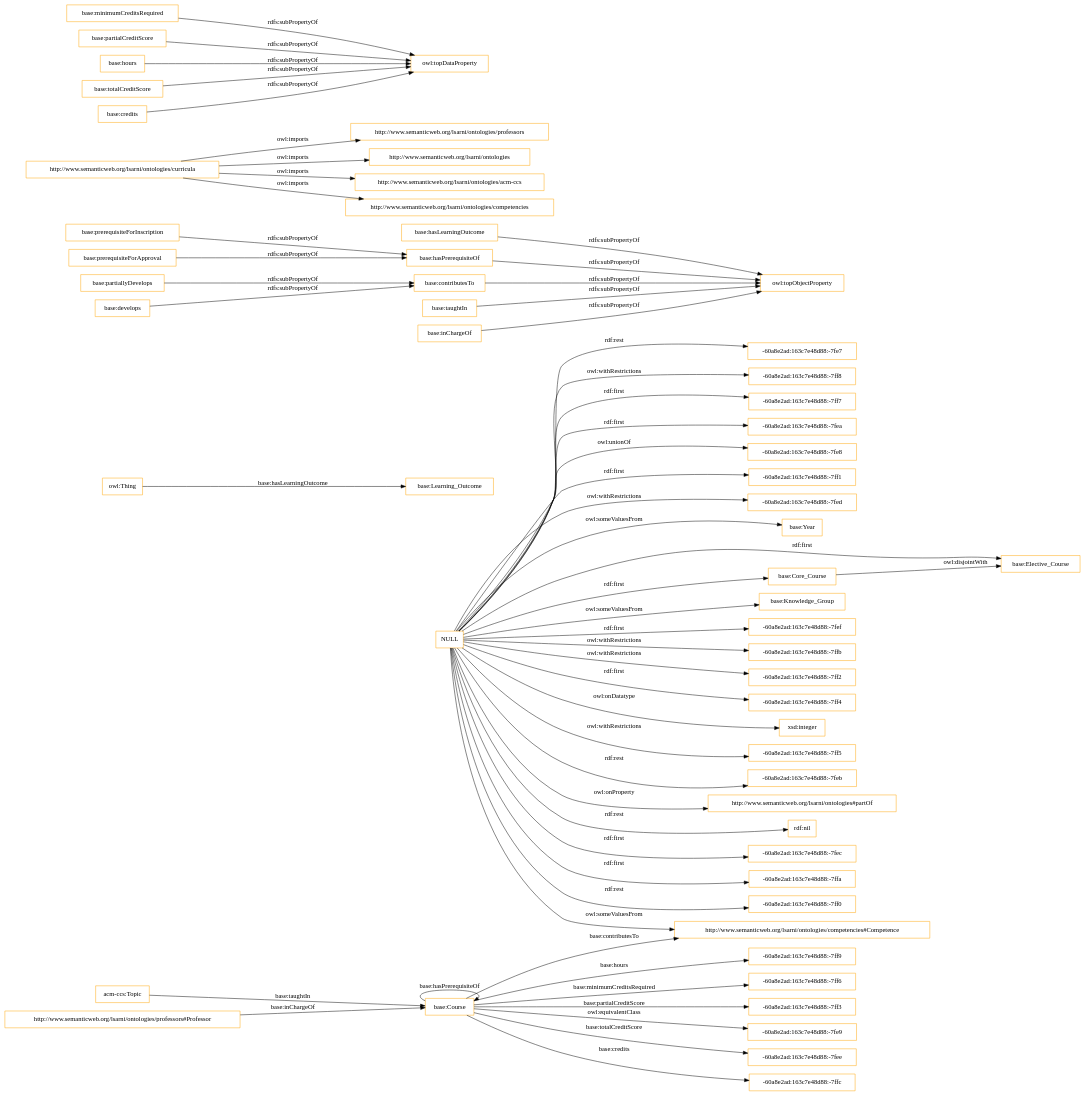
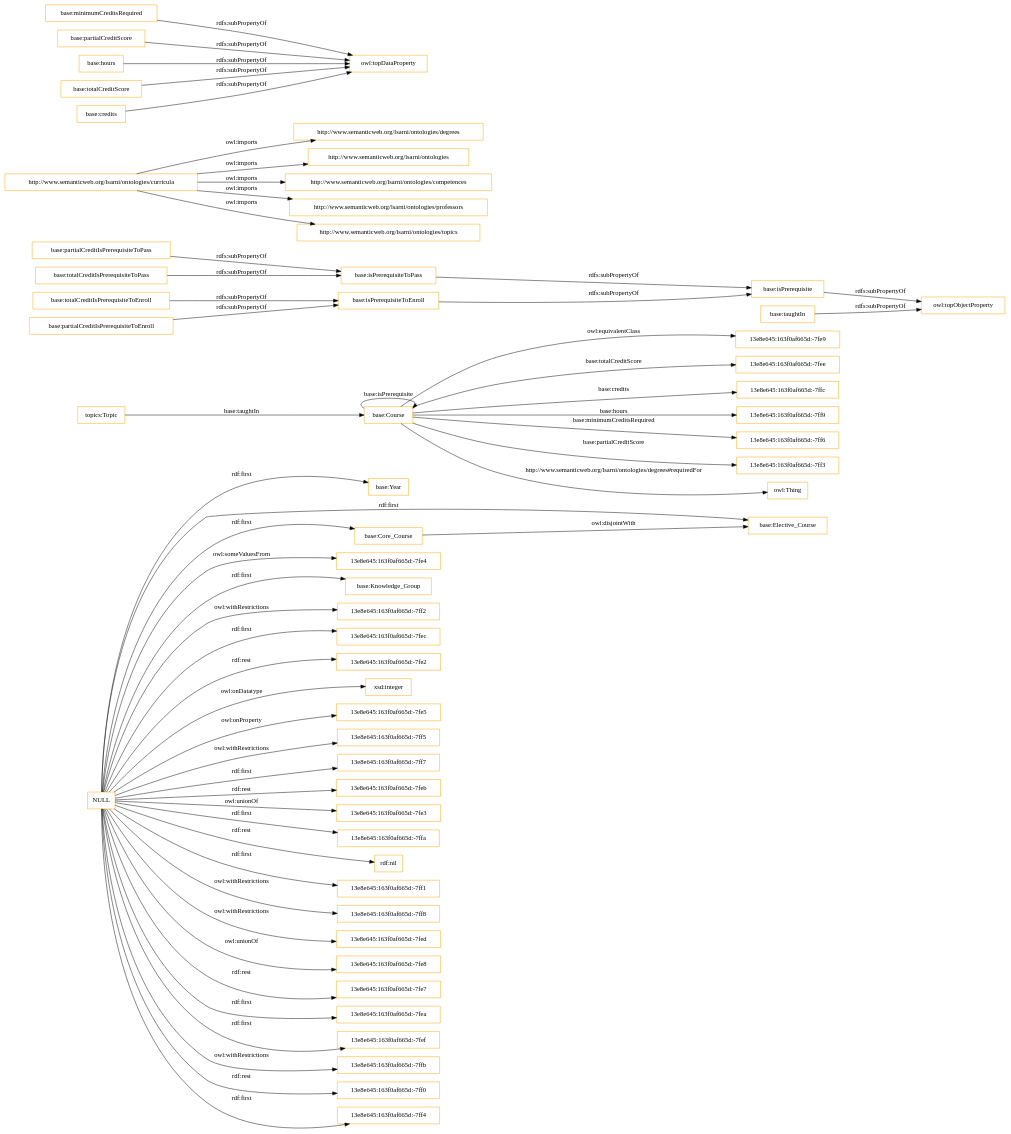
The diagram in OnToology/curricula.owl/diagrams/ar2dtool-class/curricula.owl.png.dot (OnToologyUser/OntoCIS1), drawn with Graphviz before and after one commit. The commit also changed 122 other files, not shown here.

```diff
--- a/OnToology/curricula.owl/diagrams/ar2dtool-class/curricula.owl.png.dot
+++ b/OnToology/curricula.owl/diagrams/ar2dtool-class/curricula.owl.png.dot
@@ -1,60 +1,60 @@
 digraph ar2dtool_diagram { 
 rankdir=LR;
 size="1501"
-node [shape = rectangle, color="orange"]; "base:Year" "base:Elective_Course" "base:Core_Course" "base:Course" "base:Learning_Outcome" "base:Knowledge_Group" "-60a8e2ad:163c7e48d88:-7fe9" ; /*classes style*/
-	"NULL" -> "-60a8e2ad:163c7e48d88:-7fef" [ label = "rdf:first" ];
-	"NULL" -> "-60a8e2ad:163c7e48d88:-7ffb" [ label = "owl:withRestrictions" ];
-	"NULL" -> "-60a8e2ad:163c7e48d88:-7ff2" [ label = "owl:withRestrictions" ];
-	"NULL" -> "-60a8e2ad:163c7e48d88:-7ff4" [ label = "rdf:first" ];
-	"NULL" -> "base:Year" [ label = "owl:someValuesFrom" ];
+node [shape = rectangle, color="orange"]; "base:Year" "base:Elective_Course" "base:Core_Course" "base:Course" "13e8e645:163f0af665d:-7fe4" "13e8e645:163f0af665d:-7fe9" "base:Knowledge_Group" ; /*classes style*/
+	"NULL" -> "base:Knowledge_Group" [ label = "rdf:first" ];
+	"NULL" -> "13e8e645:163f0af665d:-7ff2" [ label = "owl:withRestrictions" ];
+	"NULL" -> "13e8e645:163f0af665d:-7fec" [ label = "rdf:first" ];
+	"NULL" -> "13e8e645:163f0af665d:-7fe2" [ label = "rdf:rest" ];
 	"NULL" -> "base:Core_Course" [ label = "rdf:first" ];
 	"NULL" -> "xsd:integer" [ label = "owl:onDatatype" ];
-	"NULL" -> "http://www.semanticweb.org/lsarni/ontologies/competencies#Competence" [ label = "owl:someValuesFrom" ];
-	"NULL" -> "-60a8e2ad:163c7e48d88:-7ff5" [ label = "owl:withRestrictions" ];
-	"NULL" -> "-60a8e2ad:163c7e48d88:-7feb" [ label = "rdf:rest" ];
-	"NULL" -> "http://www.semanticweb.org/lsarni/ontologies#partOf" [ label = "owl:onProperty" ];
+	"NULL" -> "13e8e645:163f0af665d:-7fe5" [ label = "owl:onProperty" ];
+	"NULL" -> "13e8e645:163f0af665d:-7ff5" [ label = "owl:withRestrictions" ];
+	"NULL" -> "13e8e645:163f0af665d:-7ff7" [ label = "rdf:first" ];
+	"NULL" -> "13e8e645:163f0af665d:-7feb" [ label = "rdf:rest" ];
+	"NULL" -> "13e8e645:163f0af665d:-7fe4" [ label = "owl:someValuesFrom" ];
+	"NULL" -> "13e8e645:163f0af665d:-7fe3" [ label = "owl:unionOf" ];
+	"NULL" -> "13e8e645:163f0af665d:-7ffa" [ label = "rdf:first" ];
 	"NULL" -> "rdf:nil" [ label = "rdf:rest" ];
-	"NULL" -> "-60a8e2ad:163c7e48d88:-7fec" [ label = "rdf:first" ];
-	"NULL" -> "-60a8e2ad:163c7e48d88:-7ffa" [ label = "rdf:first" ];
 	"NULL" -> "base:Elective_Course" [ label = "rdf:first" ];
-	"NULL" -> "-60a8e2ad:163c7e48d88:-7ff0" [ label = "rdf:rest" ];
-	"NULL" -> "-60a8e2ad:163c7e48d88:-7fe7" [ label = "rdf:rest" ];
-	"NULL" -> "-60a8e2ad:163c7e48d88:-7ff8" [ label = "owl:withRestrictions" ];
-	"NULL" -> "-60a8e2ad:163c7e48d88:-7ff7" [ label = "rdf:first" ];
-	"NULL" -> "-60a8e2ad:163c7e48d88:-7fea" [ label = "rdf:first" ];
-	"NULL" -> "-60a8e2ad:163c7e48d88:-7fe8" [ label = "owl:unionOf" ];
-	"NULL" -> "base:Knowledge_Group" [ label = "owl:someValuesFrom" ];
-	"NULL" -> "-60a8e2ad:163c7e48d88:-7ff1" [ label = "rdf:first" ];
-	"NULL" -> "-60a8e2ad:163c7e48d88:-7fed" [ label = "owl:withRestrictions" ];
-	"base:hasLearningOutcome" -> "owl:topObjectProperty" [ label = "rdfs:subPropertyOf" ];
-	"base:hasPrerequisiteOf" -> "owl:topObjectProperty" [ label = "rdfs:subPropertyOf" ];
+	"NULL" -> "base:Year" [ label = "rdf:first" ];
+	"NULL" -> "13e8e645:163f0af665d:-7ff1" [ label = "rdf:first" ];
+	"NULL" -> "13e8e645:163f0af665d:-7ff8" [ label = "owl:withRestrictions" ];
+	"NULL" -> "13e8e645:163f0af665d:-7fed" [ label = "owl:withRestrictions" ];
+	"NULL" -> "13e8e645:163f0af665d:-7fe8" [ label = "owl:unionOf" ];
+	"NULL" -> "13e8e645:163f0af665d:-7fe7" [ label = "rdf:rest" ];
+	"NULL" -> "13e8e645:163f0af665d:-7fea" [ label = "rdf:first" ];
+	"NULL" -> "13e8e645:163f0af665d:-7fef" [ label = "rdf:first" ];
+	"NULL" -> "13e8e645:163f0af665d:-7ffb" [ label = "owl:withRestrictions" ];
+	"NULL" -> "13e8e645:163f0af665d:-7ff0" [ label = "rdf:rest" ];
+	"NULL" -> "13e8e645:163f0af665d:-7ff4" [ label = "rdf:first" ];
+	"base:partialCreditIsPrerequisiteToPass" -> "base:isPrerequisiteToPass" [ label = "rdfs:subPropertyOf" ];
+	"base:partialCreditIsPrerequisiteToEnroll" -> "base:isPrerequisiteToEnroll" [ label = "rdfs:subPropertyOf" ];
+	"http://www.semanticweb.org/lsarni/ontologies/curricula" -> "http://www.semanticweb.org/lsarni/ontologies/degrees" [ label = "owl:imports" ];
+	"http://www.semanticweb.org/lsarni/ontologies/curricula" -> "http://www.semanticweb.org/lsarni/ontologies" [ label = "owl:imports" ];
+	"http://www.semanticweb.org/lsarni/ontologies/curricula" -> "http://www.semanticweb.org/lsarni/ontologies/competences" [ label = "owl:imports" ];
 	"http://www.semanticweb.org/lsarni/ontologies/curricula" -> "http://www.semanticweb.org/lsarni/ontologies/professors" [ label = "owl:imports" ];
-	"http://www.semanticweb.org/lsarni/ontologies/curricula" -> "http://www.semanticweb.org/lsarni/ontologies" [ label = "owl:imports" ];
-	"http://www.semanticweb.org/lsarni/ontologies/curricula" -> "http://www.semanticweb.org/lsarni/ontologies/acm-ccs" [ label = "owl:imports" ];
-	"http://www.semanticweb.org/lsarni/ontologies/curricula" -> "http://www.semanticweb.org/lsarni/ontologies/competencies" [ label = "owl:imports" ];
-	"base:prerequisiteForInscription" -> "base:hasPrerequisiteOf" [ label = "rdfs:subPropertyOf" ];
+	"http://www.semanticweb.org/lsarni/ontologies/curricula" -> "http://www.semanticweb.org/lsarni/ontologies/topics" [ label = "owl:imports" ];
 	"base:minimumCreditsRequired" -> "owl:topDataProperty" [ label = "rdfs:subPropertyOf" ];
 	"base:partialCreditScore" -> "owl:topDataProperty" [ label = "rdfs:subPropertyOf" ];
-	"base:partiallyDevelops" -> "base:contributesTo" [ label = "rdfs:subPropertyOf" ];
-	"base:prerequisiteForApproval" -> "base:hasPrerequisiteOf" [ label = "rdfs:subPropertyOf" ];
-	"base:contributesTo" -> "owl:topObjectProperty" [ label = "rdfs:subPropertyOf" ];
 	"base:taughtIn" -> "owl:topObjectProperty" [ label = "rdfs:subPropertyOf" ];
 	"base:hours" -> "owl:topDataProperty" [ label = "rdfs:subPropertyOf" ];
 	"base:Core_Course" -> "base:Elective_Course" [ label = "owl:disjointWith" ];
 	"base:totalCreditScore" -> "owl:topDataProperty" [ label = "rdfs:subPropertyOf" ];
-	"base:Course" -> "-60a8e2ad:163c7e48d88:-7fe9" [ label = "owl:equivalentClass" ];
-	"base:develops" -> "base:contributesTo" [ label = "rdfs:subPropertyOf" ];
+	"base:Course" -> "13e8e645:163f0af665d:-7fe9" [ label = "owl:equivalentClass" ];
+	"base:isPrerequisite" -> "owl:topObjectProperty" [ label = "rdfs:subPropertyOf" ];
+	"base:isPrerequisiteToPass" -> "base:isPrerequisite" [ label = "rdfs:subPropertyOf" ];
+	"base:totalCreditIsPrerequisiteToEnroll" -> "base:isPrerequisiteToEnroll" [ label = "rdfs:subPropertyOf" ];
+	"base:totalCreditIsPrerequisiteToPass" -> "base:isPrerequisiteToPass" [ label = "rdfs:subPropertyOf" ];
+	"base:isPrerequisiteToEnroll" -> "base:isPrerequisite" [ label = "rdfs:subPropertyOf" ];
 	"base:credits" -> "owl:topDataProperty" [ label = "rdfs:subPropertyOf" ];
-	"base:inChargeOf" -> "owl:topObjectProperty" [ label = "rdfs:subPropertyOf" ];
-	"owl:Thing" -> "base:Learning_Outcome" [ label = "base:hasLearningOutcome" ];
-	"base:Course" -> "http://www.semanticweb.org/lsarni/ontologies/competencies#Competence" [ label = "base:contributesTo" ];
-	"base:Course" -> "-60a8e2ad:163c7e48d88:-7fee" [ label = "base:totalCreditScore" ];
-	"base:Course" -> "-60a8e2ad:163c7e48d88:-7ffc" [ label = "base:credits" ];
-	"base:Course" -> "-60a8e2ad:163c7e48d88:-7ff9" [ label = "base:hours" ];
-	"base:Course" -> "-60a8e2ad:163c7e48d88:-7ff6" [ label = "base:minimumCreditsRequired" ];
-	"base:Course" -> "base:Course" [ label = "base:hasPrerequisiteOf" ];
-	"acm-ccs:Topic" -> "base:Course" [ label = "base:taughtIn" ];
-	"base:Course" -> "-60a8e2ad:163c7e48d88:-7ff3" [ label = "base:partialCreditScore" ];
-	"http://www.semanticweb.org/lsarni/ontologies/professors#Professor" -> "base:Course" [ label = "base:inChargeOf" ];
+	"base:Course" -> "13e8e645:163f0af665d:-7fee" [ label = "base:totalCreditScore" ];
+	"base:Course" -> "13e8e645:163f0af665d:-7ffc" [ label = "base:credits" ];
+	"base:Course" -> "13e8e645:163f0af665d:-7ff9" [ label = "base:hours" ];
+	"base:Course" -> "base:Course" [ label = "base:isPrerequisite" ];
+	"base:Course" -> "13e8e645:163f0af665d:-7ff6" [ label = "base:minimumCreditsRequired" ];
+	"topics:Topic" -> "base:Course" [ label = "base:taughtIn" ];
+	"base:Course" -> "13e8e645:163f0af665d:-7ff3" [ label = "base:partialCreditScore" ];
+	"base:Course" -> "owl:Thing" [ label = "http://www.semanticweb.org/lsarni/ontologies/degrees#requiredFor" ];
 
 }
```
